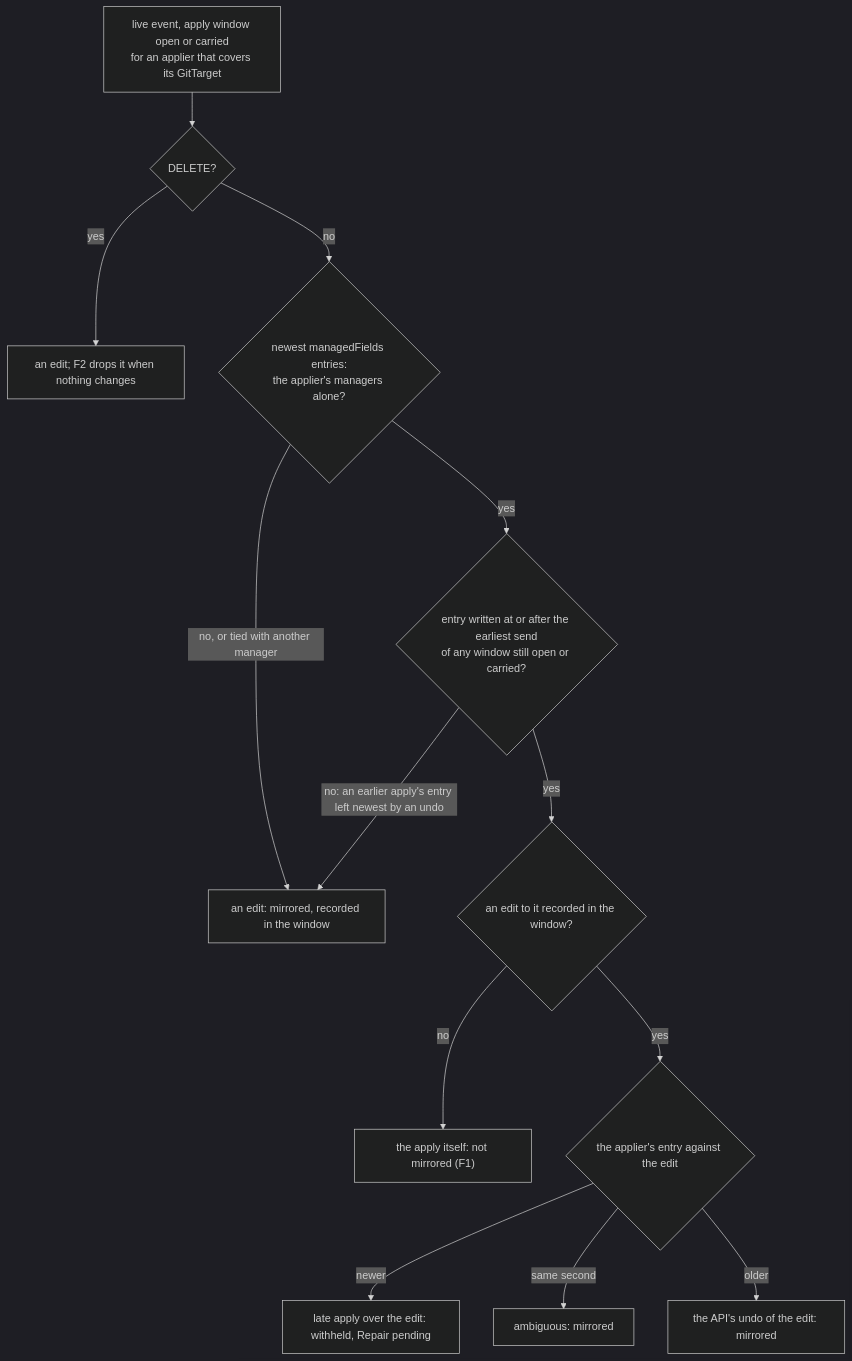
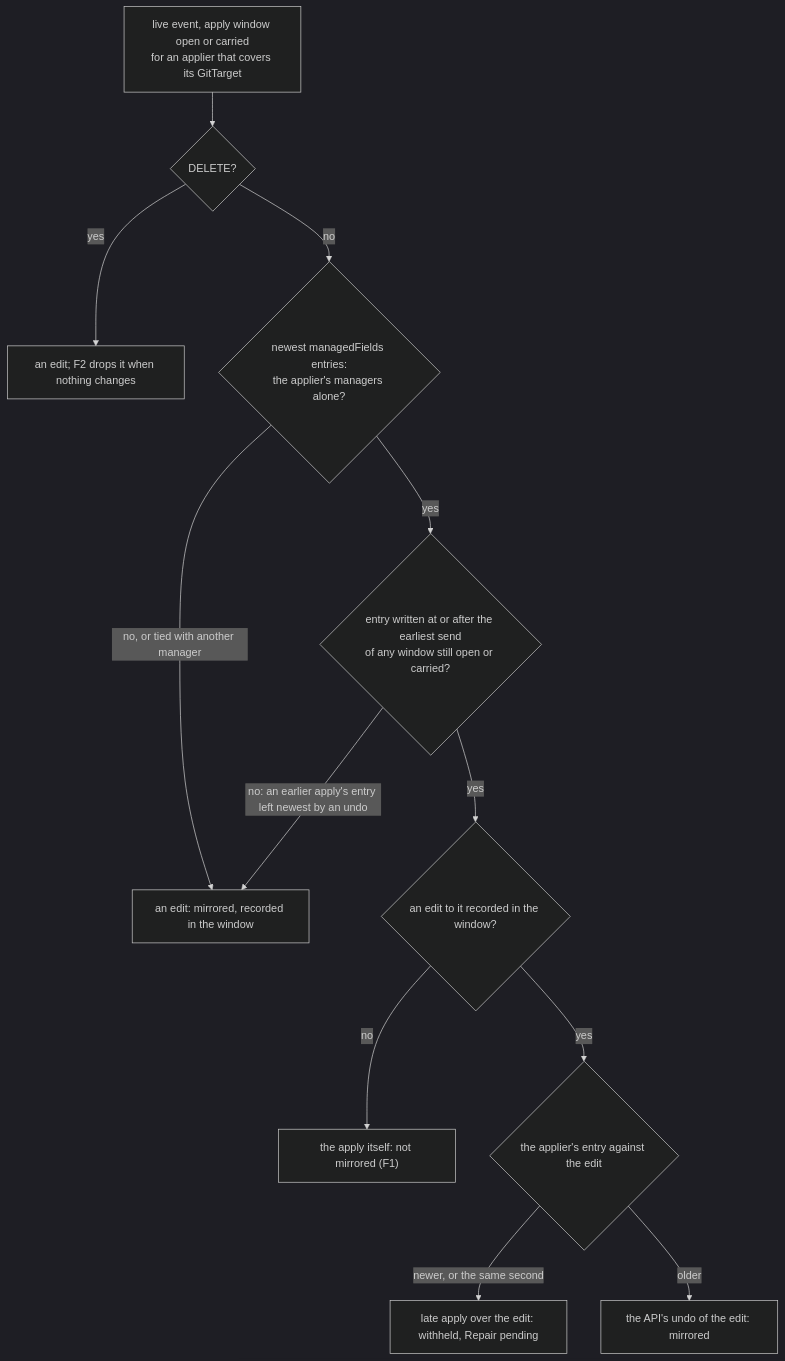
One commit to ConfigButler/gitops-reverser changed the second of 6 diagrams in docs/design/applier-echoes.md. Above: the diagram before and after it, drawn with Mermaid (dark theme). The commit also changed other lines of this file and 6 other files, not shown here.

First line of the commit message:
fix(git): withhold the applier's write alone in the edit's second

````diff
--- a/docs/design/applier-echoes.md
+++ b/docs/design/applier-echoes.md
@@ -151,15 +151,14 @@
 ```mermaid
 flowchart TD
     E["live event, apply window open or carried<br/>for an applier that covers its GitTarget"] --> D{"DELETE?"}
     D -- yes --> M0["an edit; F2 drops it when nothing changes"]
     D -- no --> A{"newest managedFields entries:<br/>the applier's managers alone?"}
     A -- "no, or tied with another manager" --> ED["an edit: mirrored, recorded in the window"]
     A -- yes --> S{"entry written at or after the earliest send<br/>of any window still open or carried?"}
     S -- "no: an earlier apply's entry left newest by an undo" --> ED
     S -- yes --> R{"an edit to it recorded in the window?"}
     R -- no --> NM["the apply itself: not mirrored (F1)"]
     R -- yes --> C{"the applier's entry against the edit"}
-    C -- newer --> WH["late apply over the edit: withheld, Repair pending"]
-    C -- "same second" --> AM["ambiguous: mirrored"]
+    C -- "newer, or the same second" --> WH["late apply over the edit: withheld, Repair pending"]
     C -- older --> UN["the API's undo of the edit: mirrored"]
 ```
````
